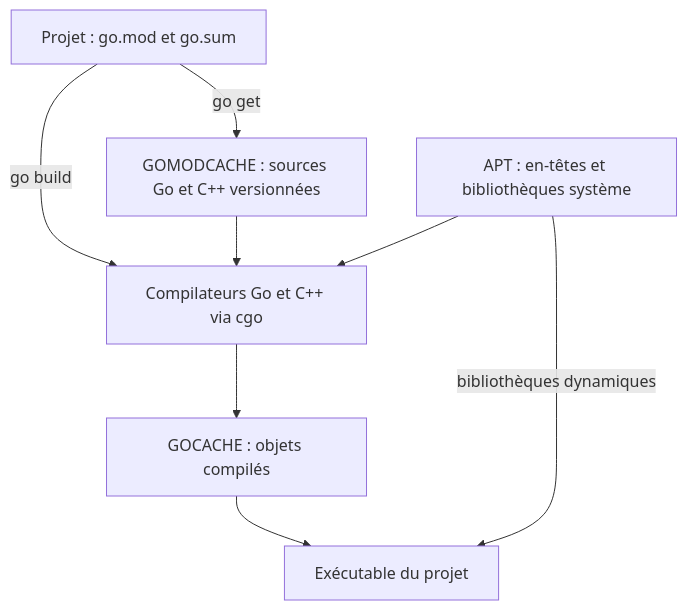
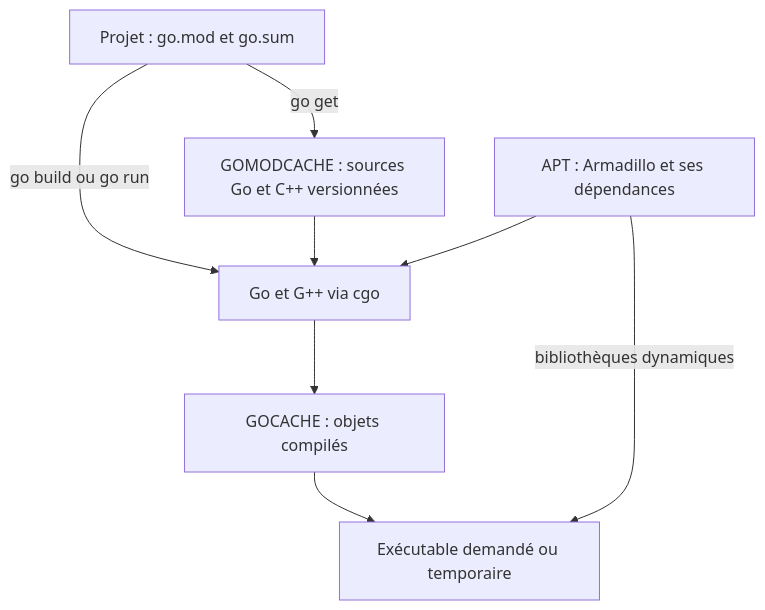
One commit to milvi/mlpack-go changed the diagram in README.md. Above: the diagram before and after it, drawn with Mermaid. The commit also changed other lines of this file and 148 other files, not shown here.

````diff
--- a/README.md
+++ b/README.md
@@ -91,10 +84,10 @@
 ```mermaid
 flowchart TD
     P["Projet : go.mod et go.sum"] -->|go get| M["GOMODCACHE : sources Go et C++ versionnées"]
-    P -->|go build| G["Compilateurs Go et C++ via cgo"]
+    P -->|go build ou go run| G["Go et G++ via cgo"]
     M --> G
-    A["APT : en-têtes et bibliothèques système"] --> G
+    A["APT : Armadillo et ses dépendances"] --> G
     G --> C["GOCACHE : objets compilés"]
-    C --> E["Exécutable du projet"]
+    C --> E["Exécutable demandé ou temporaire"]
     A -->|bibliothèques dynamiques| E
 ```
````
